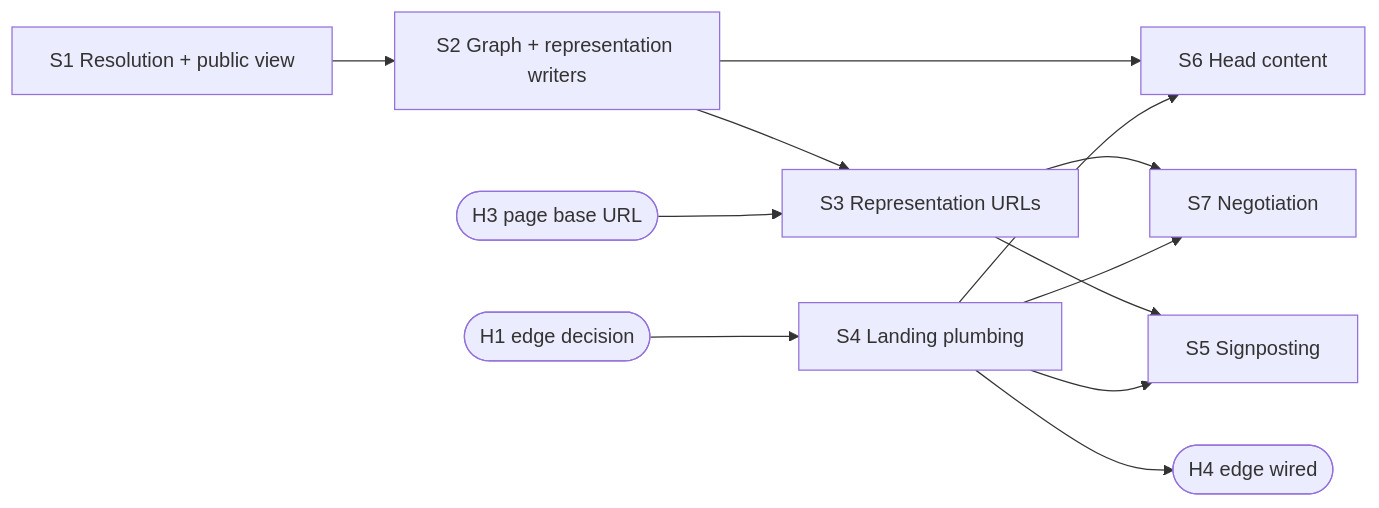
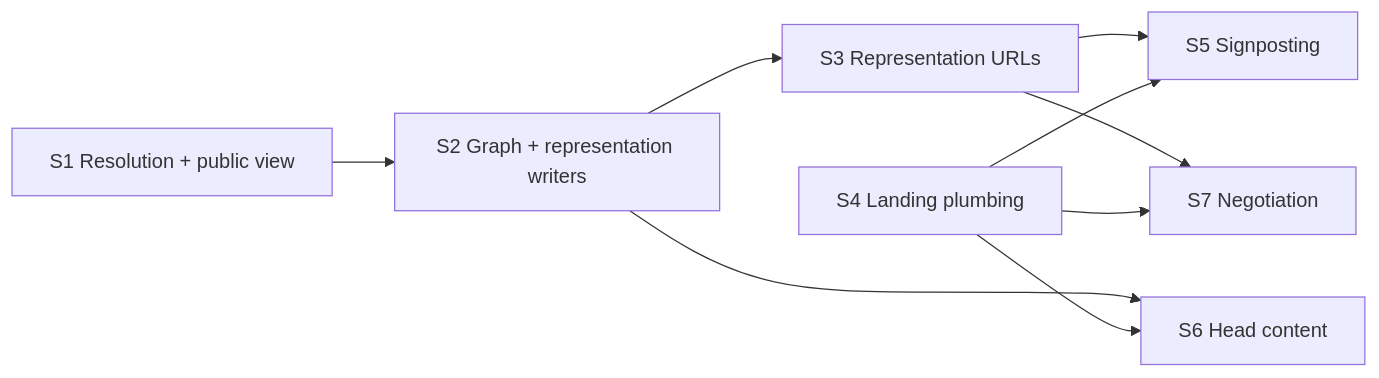
The diagram in docs/specs/2026-10-06-resource-fair-landing-metadata/01-feat-resource-fair-landing-metadata-plan.md (dasch-swiss/dsp-api), drawn with Mermaid before and after one commit. The commit also changed other lines of this file and 8 other files, not shown here.

````diff
--- a/docs/specs/2026-10-06-resource-fair-landing-metadata/01-feat-resource-fair-landing-metadata-plan.md
+++ b/docs/specs/2026-10-06-resource-fair-landing-metadata/01-feat-resource-fair-landing-metadata-plan.md
@@ -54,14 +54,12 @@
 ```mermaid
 flowchart LR
   S1[S1 Resolution + public view] --> S2[S2 Graph + representation writers]
   S2 --> S3[S3 Representation URLs]
-  H3([H3 page base URL]) --> S3
-  H1([H1 edge decision]) --> S4[S4 Landing plumbing]
-  S4 --> H4([H4 edge wired])
+  S4[S4 Landing plumbing]
   S3 --> S5[S5 Signposting]
   S3 --> S7[S7 Negotiation]
   S2 --> S6[S6 Head content]
   S4 --> S5
   S4 --> S6
   S4 --> S7
 ```
````
